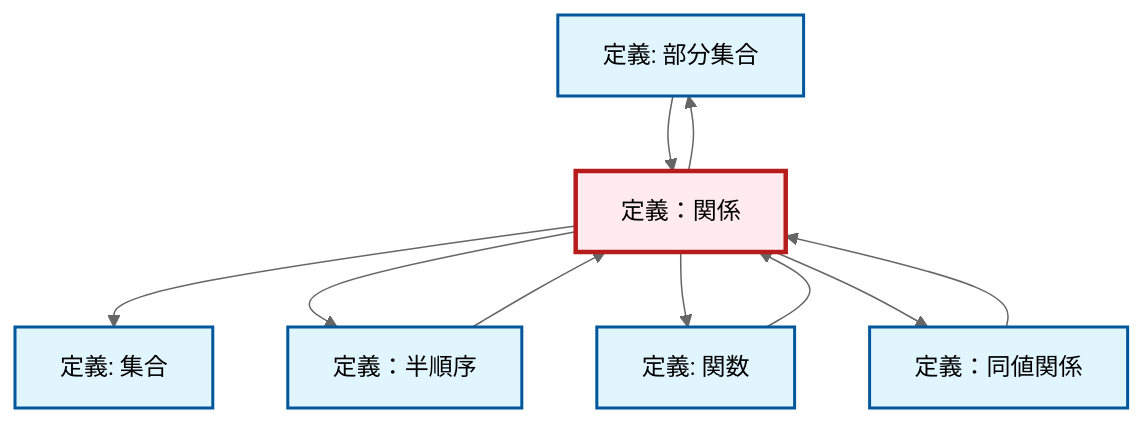
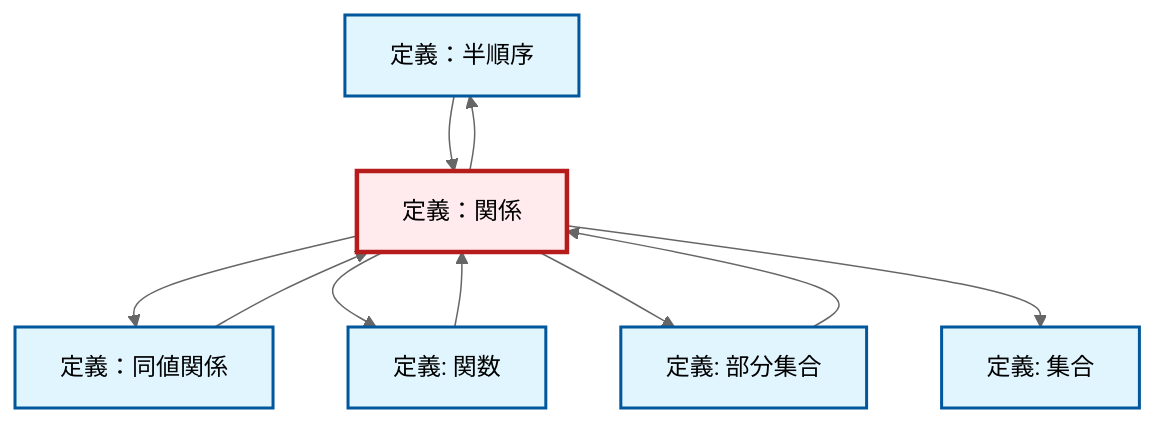
One commit to RK0429/ModernMath changed the diagram in content/ja/logic-set-theory/def-relation.qmd. Above: the diagram before and after it, drawn with Mermaid (neutral theme). The commit also changed 672 other files, not shown here.

````diff
--- a/content/ja/logic-set-theory/def-relation.qmd
+++ b/content/ja/logic-set-theory/def-relation.qmd
@@ -91,30 +91,30 @@
 ```{mermaid}
-%%| fig-cap: "Local dependency graph"
+%%| fig-cap: "ローカル依存関係グラフ"
 graph TD
     classDef definition fill:#e1f5fe,stroke:#01579b,stroke-width:2px
     classDef theorem fill:#f3e5f5,stroke:#4a148c,stroke-width:2px
     classDef axiom fill:#fff3e0,stroke:#e65100,stroke-width:2px
     classDef example fill:#e8f5e9,stroke:#1b5e20,stroke-width:2px
     classDef current fill:#ffebee,stroke:#b71c1c,stroke-width:3px
+    def-set["定義: 集合"]:::definition
+    def-partial-order["定義：半順序"]:::definition
+    def-function["定義: 関数"]:::definition
     def-subset["定義: 部分集合"]:::definition
-    def-partial-order["定義：半順序"]:::definition
-    def-set["定義: 集合"]:::definition
     def-equivalence-relation["定義：同値関係"]:::definition
-    def-function["定義: 関数"]:::definition
     def-relation["定義：関係"]:::definition
-    def-function --> def-relation
-    def-relation --> def-set
-    def-partial-order --> def-relation
+    def-relation --> def-equivalence-relation
     def-equivalence-relation --> def-relation
-    def-relation --> def-partial-order
     def-relation --> def-function
     def-relation --> def-subset
+    def-relation --> def-partial-order
+    def-relation --> def-set
     def-subset --> def-relation
-    def-relation --> def-equivalence-relation
+    def-partial-order --> def-relation
+    def-function --> def-relation
     class def-relation current
+    click def-set "def-set.html" "集合の定義へ"
+    click def-partial-order "def-partial-order.html" "定義：半順序へ"
+    click def-function "def-function.html" "関数の定義へ"
     click def-subset "def-subset.html" "部分集合の定義へ"
-    click def-partial-order "def-partial-order.html" "定義：半順序へ"
-    click def-set "def-set.html" "集合の定義へ"
     click def-equivalence-relation "def-equivalence-relation.html" "定義：同値関係へ"
-    click def-function "def-function.html" "関数の定義へ"
 ```
````
